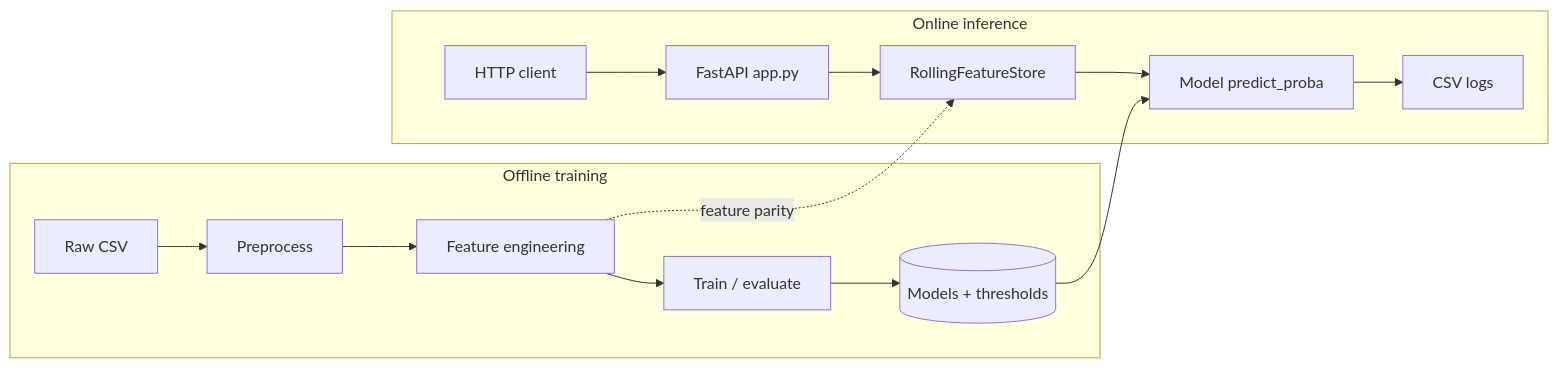
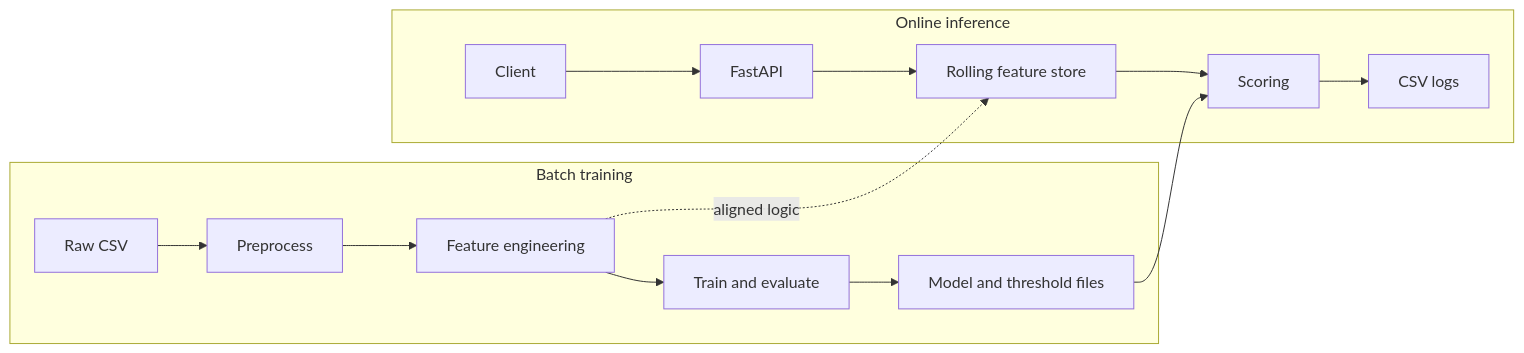
One commit to nhahub/NHA-4-190 changed the first of 9 diagrams in docs/03_system_design.md. Above: the diagram before and after it, drawn with Mermaid. The commit also changed other lines of this file and 8 other files, not shown here.

````diff
--- a/docs/03_system_design.md
+++ b/docs/03_system_design.md
@@ -13,17 +13,17 @@
 ```mermaid
 flowchart LR
-  subgraph offline["Offline training"]
+  subgraph offline["Batch training"]
     A[Raw CSV] --> B[Preprocess]
     B --> C[Feature engineering]
-    C --> D[Train / evaluate]
-    D --> E[(Models + thresholds)]
+    C --> D[Train and evaluate]
+    D --> E[Model and threshold files]
   end
   subgraph online["Online inference"]
-    F[HTTP client] --> G[FastAPI app.py]
-    G --> H[RollingFeatureStore]
-    H --> I[Model predict_proba]
+    F[Client] --> G[FastAPI]
+    G --> H[Rolling feature store]
+    H --> I[Scoring]
     I --> J[CSV logs]
   end
   E --> I
-  C -. feature parity .-> H
+  C -. aligned logic .-> H
 ```
````
